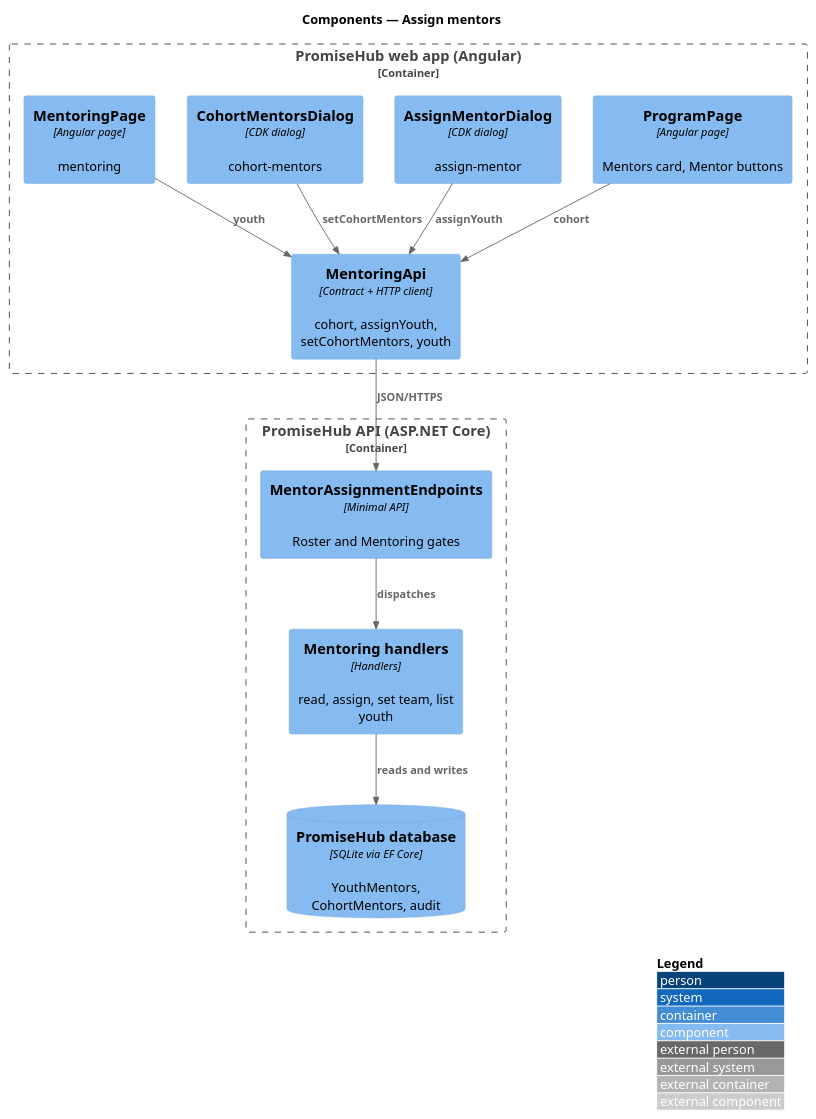
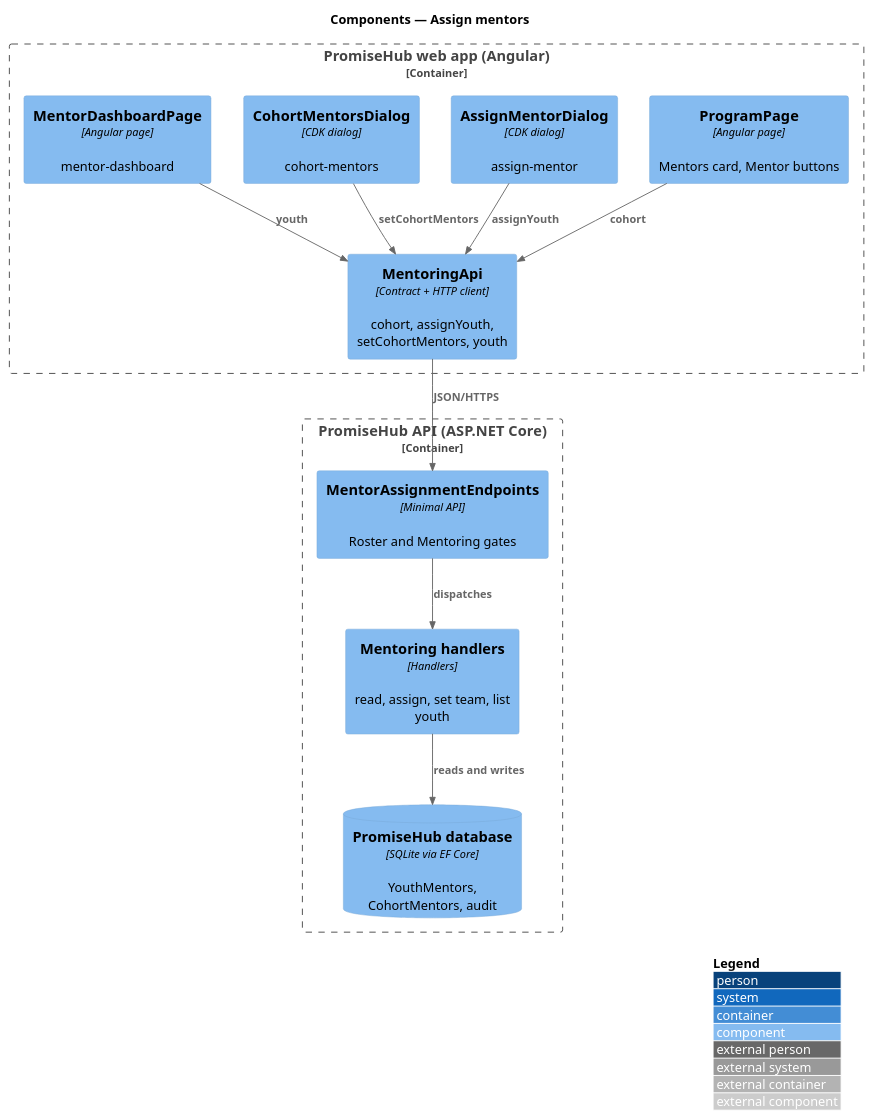
The diagram in docs/detailed-designs/mentoring/assign-mentors/diagrams/c4-component.puml (QuinntyneBrown/promise-hub), drawn with PlantUML before and after one commit. The commit also changed 40 other files, not shown here.

Commit message:
Align mocks, screen composition, designs and estimates with what was built for the mentor dashboard: breadcrumbs, the guardian call list, attendance badges, not-found states; the journey at 100%

```diff
--- a/docs/detailed-designs/mentoring/assign-mentors/diagrams/c4-component.puml
+++ b/docs/detailed-designs/mentoring/assign-mentors/diagrams/c4-component.puml
@@ -1,24 +1,24 @@
 @startuml
 !include <C4/C4_Component>
 LAYOUT_WITH_LEGEND()
 title Components — Assign mentors
 Container_Boundary(web, "PromiseHub web app (Angular)") {
   Component(page, "ProgramPage", "Angular page", "Mentors card, Mentor buttons")
   Component(am, "AssignMentorDialog", "CDK dialog", "assign-mentor")
   Component(cm, "CohortMentorsDialog", "CDK dialog", "cohort-mentors")
-  Component(mp, "MentoringPage", "Angular page", "mentoring")
+  Component(mp, "MentorDashboardPage", "Angular page", "mentor-dashboard")
   Component(mapi, "MentoringApi", "Contract + HTTP client", "cohort, assignYouth, setCohortMentors, youth")
 }
 Container_Boundary(api, "PromiseHub API (ASP.NET Core)") {
   Component(ep, "MentorAssignmentEndpoints", "Minimal API", "Roster and Mentoring gates")
   Component(h, "Mentoring handlers", "Handlers", "read, assign, set team, list youth")
   ComponentDb(db, "PromiseHub database", "SQLite via EF Core", "YouthMentors, CohortMentors, audit")
 }
 Rel(page, mapi, "cohort")
 Rel(am, mapi, "assignYouth")
 Rel(cm, mapi, "setCohortMentors")
 Rel(mp, mapi, "youth")
 Rel(mapi, ep, "JSON/HTTPS")
 Rel(ep, h, "dispatches")
 Rel(h, db, "reads and writes")
 @enduml
```
